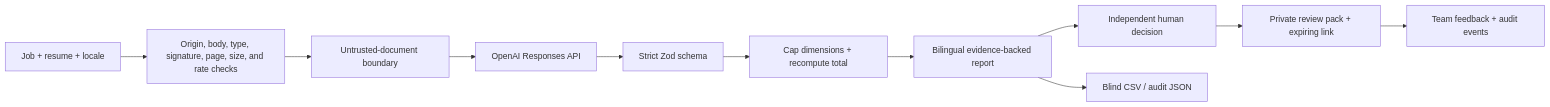
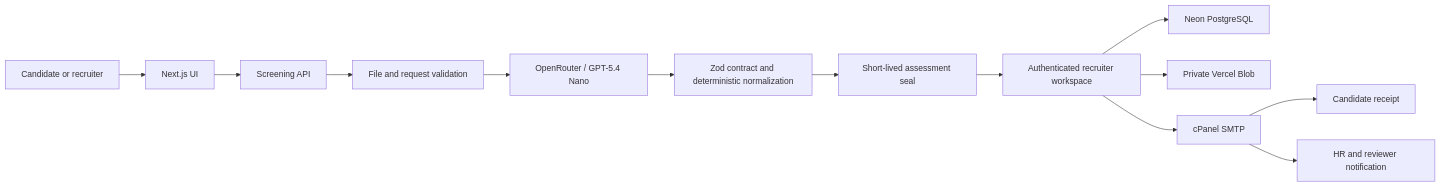
One commit to VibeATSCoder/ShortList changed the diagram in README.md. Above: the diagram before and after it, drawn with Mermaid. The commit also changed other lines of this file and 12 other files, not shown here.

````diff
--- a/README.md
+++ b/README.md
@@ -32,13 +53,15 @@
 ```mermaid
 flowchart LR
-  A["Job + resume + locale"] --> B["Origin, body, type, signature, page, size, and rate checks"]
-  B --> C["Untrusted-document boundary"]
-  C --> D["OpenAI Responses API"]
-  D --> E["Strict Zod schema"]
-  E --> F["Cap dimensions + recompute total"]
-  F --> G["Bilingual evidence-backed report"]
-  G --> H["Independent human decision"]
-  G --> I["Blind CSV / audit JSON"]
-  H --> J["Private review pack + expiring link"]
-  J --> K["Team feedback + audit events"]
+  Candidate["Candidate or recruiter"] --> Web["Next.js UI"]
+  Web --> Screen["Screening API"]
+  Screen --> Validate["File and request validation"]
+  Validate --> AI["OpenRouter / GPT-5.4 Nano"]
+  AI --> Contract["Zod contract and deterministic normalization"]
+  Contract --> Seal["Short-lived assessment seal"]
+  Seal --> Workspace["Authenticated recruiter workspace"]
+  Workspace --> DB["Neon PostgreSQL"]
+  Workspace --> Blob["Private Vercel Blob"]
+  Workspace --> Mail["cPanel SMTP"]
+  Mail --> CandidateMail["Candidate receipt"]
+  Mail --> TeamMail["HR and reviewer notification"]
 ```
````
